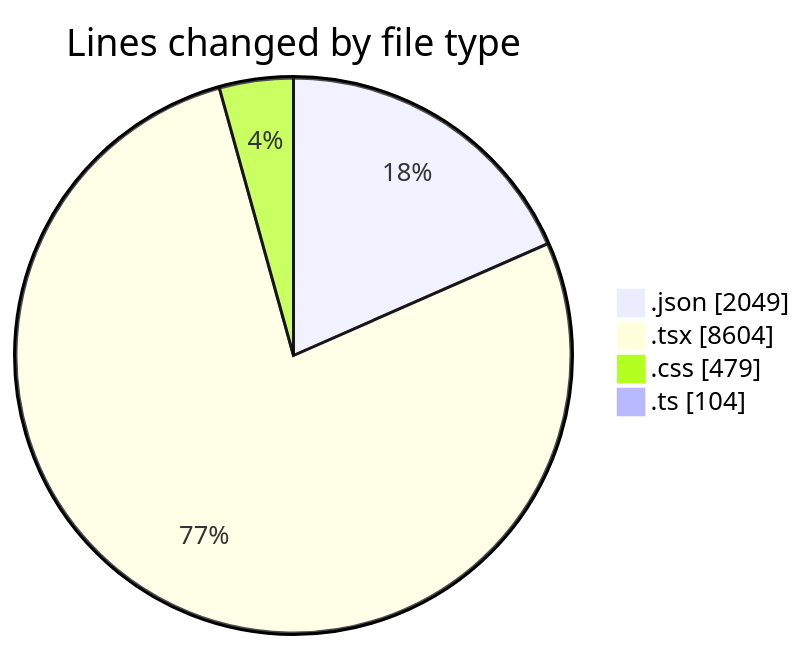
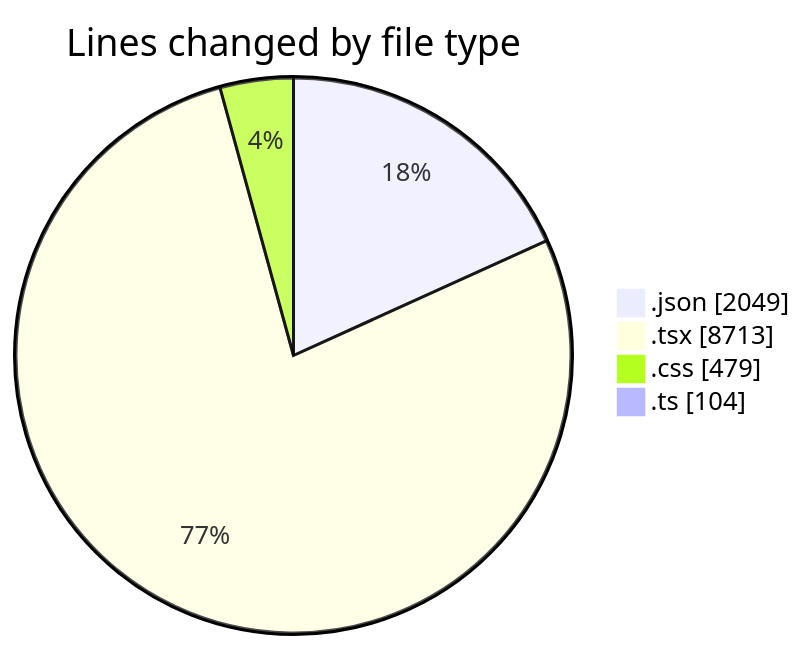
The first of 2 diagrams in 2025-08-14/ribbon/README.md (EIIisD/code-tracking), drawn with Mermaid before and after one commit. The commit also changed other lines of this file and 1 other file, not shown here.

````diff
--- a/2025-08-14/ribbon/README.md
+++ b/2025-08-14/ribbon/README.md
@@ -34,8 +34,8 @@
 ```mermaid
 pie showData
 title Lines changed by file type
 ".json" : 2049
-".tsx" : 8604
+".tsx" : 8713
 ".css" : 479
 ".ts" : 104
 ```
````
